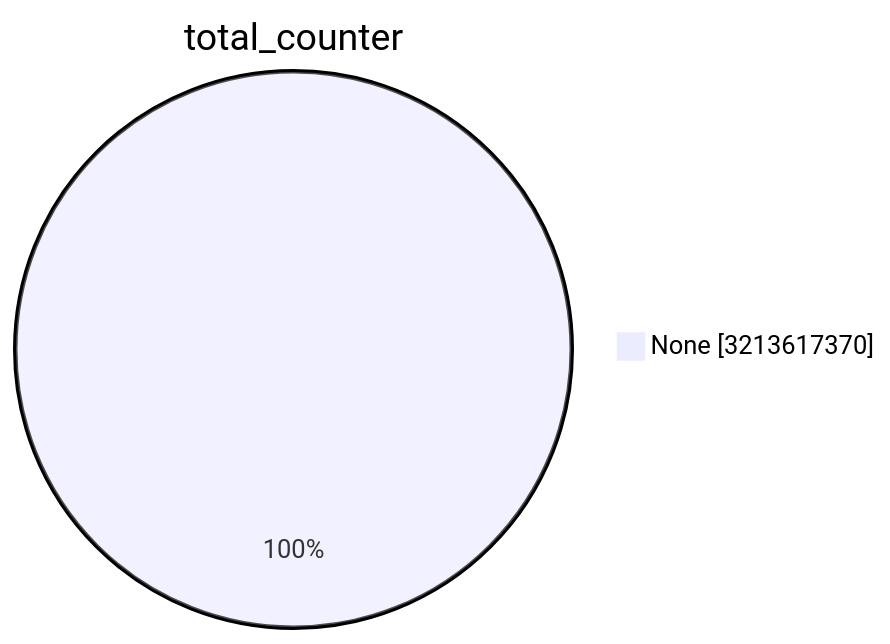
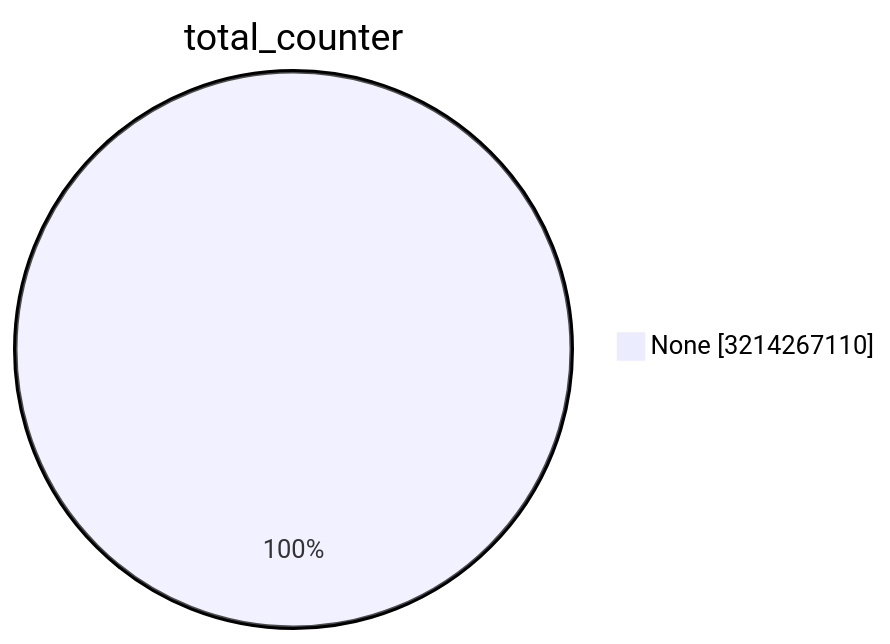
Before and after one commit to christiankrug/ctmonitor_visualization: the first of 15 diagrams in TOTAL/README.md, drawn with Mermaid. The commit also changed other lines of this file, not shown here.

````diff
--- a/TOTAL/README.md
+++ b/TOTAL/README.md
@@ -1,5 +1,5 @@
 ```mermaid
 pie showData
 title total_counter
-"None" :3213617370
+"None" :3214267110
 ```
````
